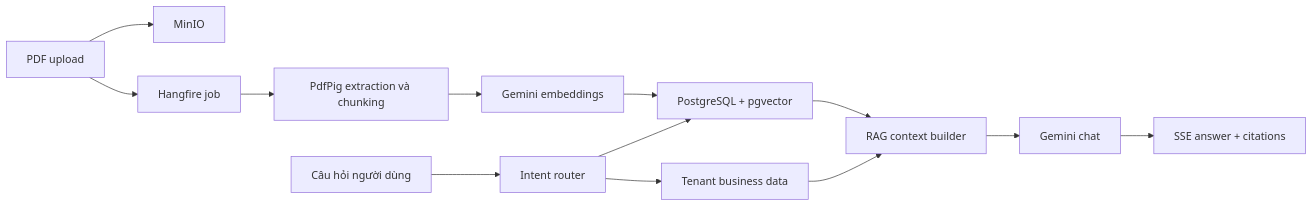
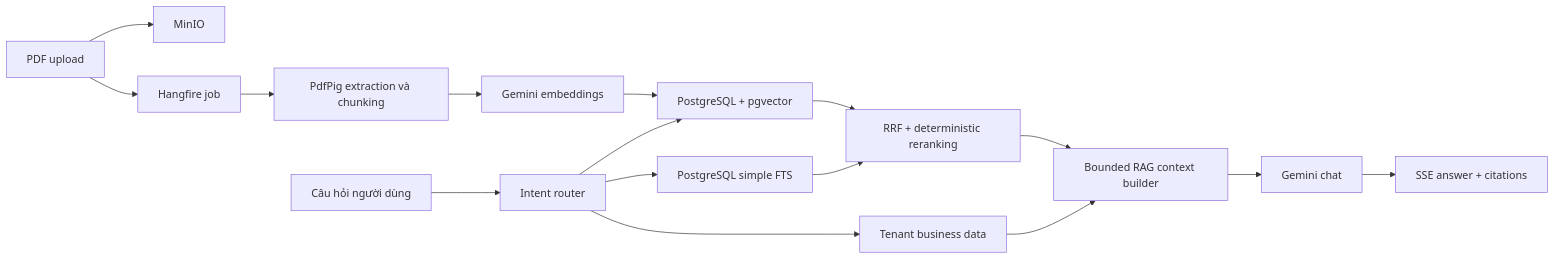
One commit to johnvo402/factory-mind changed the third of 5 diagrams in README.md. Above: the diagram before and after it, drawn with Mermaid. The commit also changed other lines of this file and 33 other files, not shown here.

````diff
--- a/README.md
+++ b/README.md
@@ -190,15 +190,18 @@
 ```mermaid
 flowchart LR
     PDF["PDF upload"] --> MinIO["MinIO"]
     PDF --> Job["Hangfire job"]
     Job --> Extract["PdfPig extraction và chunking"]
     Extract --> Embed["Gemini embeddings"]
     Embed --> Vector["PostgreSQL + pgvector"]
     Question["Câu hỏi người dùng"] --> Router["Intent router"]
     Router --> Vector
+    Router --> Lexical["PostgreSQL simple FTS"]
     Router --> Business["Tenant business data"]
-    Vector --> Context["RAG context builder"]
+    Vector --> Fusion["RRF + deterministic reranking"]
+    Lexical --> Fusion
+    Fusion --> Context["Bounded RAG context builder"]
     Business --> Context
     Context --> Gemini["Gemini chat"]
     Gemini --> SSE["SSE answer + citations"]
 ```
````
